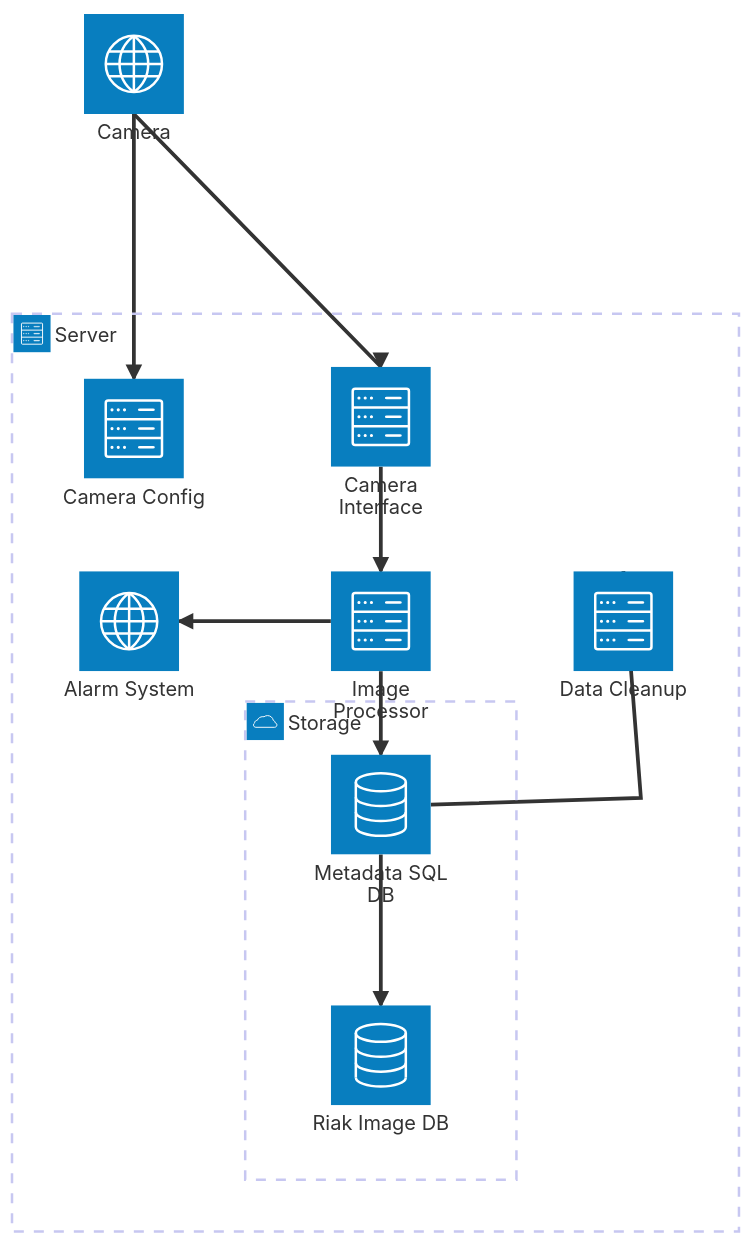
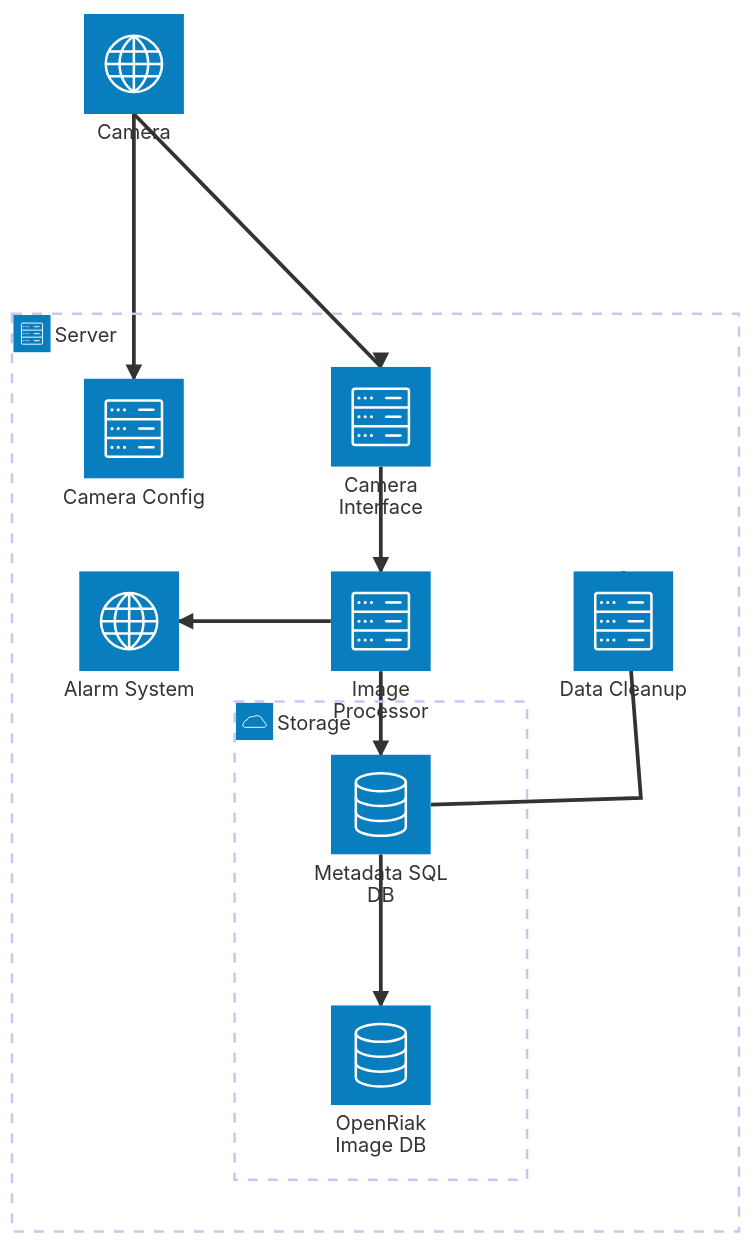
One commit to RandomBird058/CS250-F26-Group7 changed the diagram in Assignment 2/arch_diagram.mmd. Above: the diagram before and after it, drawn with Mermaid. The commit also changed 1 other file, not shown here.

Commit message:
Updated diagrams to be consistent with OpenRiak.

```diff
--- a/Assignment 2/arch_diagram.mmd
+++ b/Assignment 2/arch_diagram.mmd
@@ -1,42 +1,42 @@
 architecture-beta
     %% group api(cloud)[API]
 
     %% service metadata(database)[Database] in api
     %% service disk1(disk)[Storage] in api
     %% service disk2(disk)[Storage] in api
     %% service server(server)[Server] in api
 
     %% metadata:L -- R:server
     %% disk1:T -- B:server
     %% disk2:T -- B:metadata
 
     service cam(internet)[Camera]
 
     group backend(server)[Server]
     service camService(server)[Camera Interface] in backend
     service imgReader(server)[Image Processor] in backend
     service camControl(server)[Camera Config] in backend
     service alarms(internet)[Alarm System] in backend
     service cleaner(server)[Data Cleanup] in backend
 
     group storage(cloud)[Storage] in backend
     service metadata(database)[Metadata SQL DB] in storage
-    service imageStore(database)[Riak Image DB] in storage
+    service imageStore(database)[OpenRiak Image DB] in storage
     %% service disk1(disk)[Storage] in storage
     %% service disk2(disk)[Backup] in storage
 
     cam:B --> T:camService
     camService:B --> T:imgReader
     imgReader:L --> R:alarms
     %% alarms:T --> B:camService
 
     imgReader:B --> T:metadata
     cleaner:T -- R:metadata
 
     metadata:B --> T:imageStore
 
     %% metadata:B -- T:disk1
     %% metadata:B -- T:disk2
     %% disk1:R -- L:disk2
 
     camControl:T <-- B:cam
```
